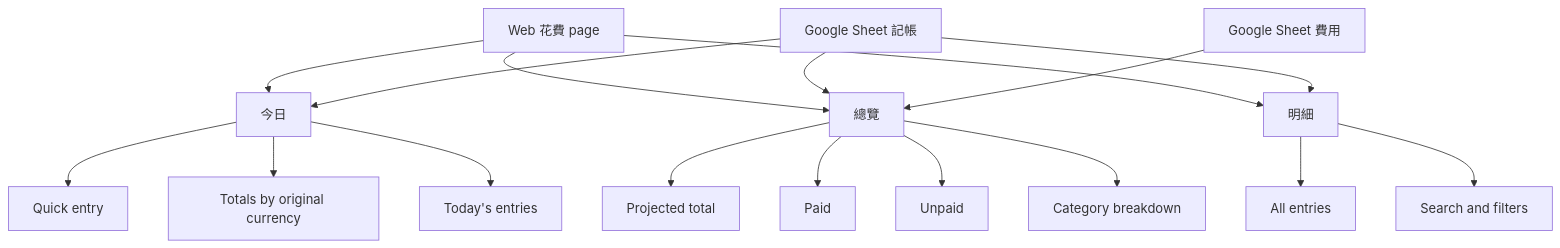
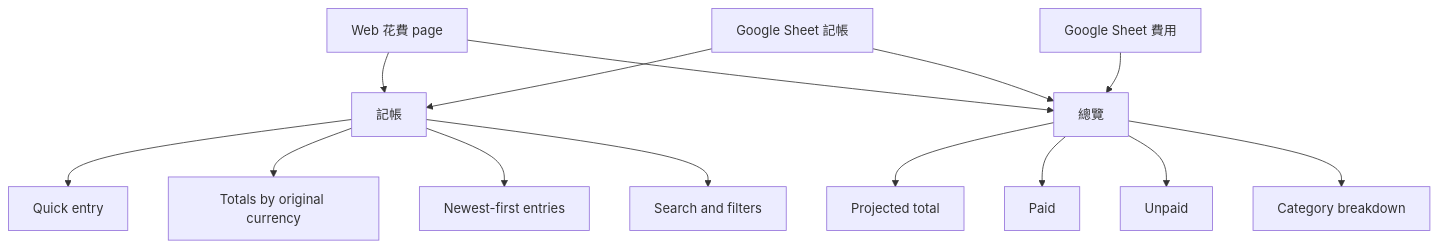
Before and after one commit to weiyuan1993/honeymoon-journal: the first of 2 diagrams in docs/plans/2026-07-31-001-feat-expense-dashboard-plan.md, drawn with Mermaid. The commit also changed other lines of this file and 9 other files, not shown here.

````diff
--- a/docs/plans/2026-07-31-001-feat-expense-dashboard-plan.md
+++ b/docs/plans/2026-07-31-001-feat-expense-dashboard-plan.md
@@ -75,23 +74,20 @@
 ```mermaid
 flowchart TB
-  Page["Web 花費 page"] --> Today["今日"]
+  Page["Web 花費 page"] --> LedgerTab["記帳"]
   Page --> Overview["總覽"]
-  Page --> Details["明細"]
 
-  Ledger["Google Sheet 記帳"] --> Today
+  Ledger["Google Sheet 記帳"] --> LedgerTab
   Ledger --> Overview
-  Ledger --> Details
   Budget["Google Sheet 費用"] --> Overview
 
-  Today --> Quick["Quick entry"]
-  Today --> DailyTotals["Totals by original currency"]
-  Today --> DailyEntries["Today's entries"]
+  LedgerTab --> Quick["Quick entry"]
+  LedgerTab --> LedgerTotals["Totals by original currency"]
+  LedgerTab --> RecentEntries["Newest-first entries"]
+  LedgerTab --> Filters["Search and filters"]
 
   Overview --> Forecast["Projected total"]
   Overview --> Paid["Paid"]
   Overview --> Unpaid["Unpaid"]
   Overview --> Categories["Category breakdown"]
 
-  Details --> AllEntries["All entries"]
-  Details --> Filters["Search and filters"]
 ```
````
